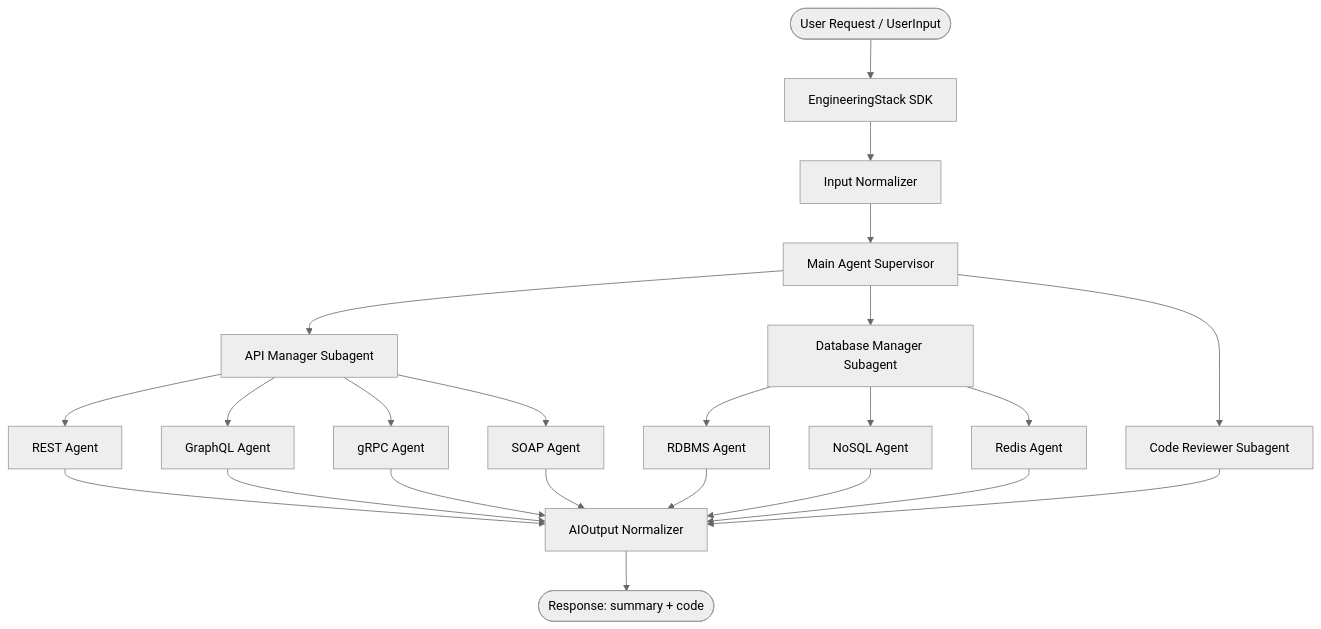
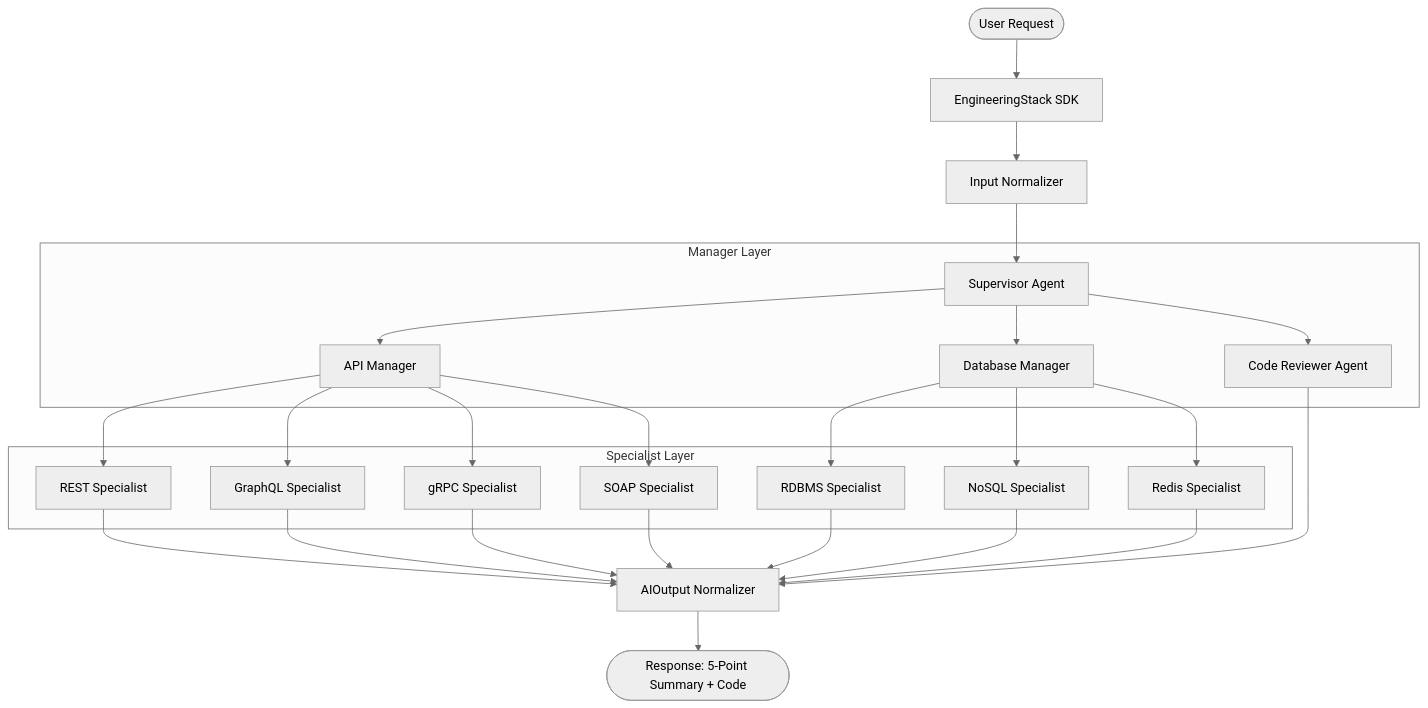
The diagram in README.md (BenjaminVijayaraj5102004/Engineering_Stack), drawn with Mermaid (neutral theme) before and after one commit. The commit also changed other lines of this file and 51 other files, not shown here.

````diff
--- a/README.md
+++ b/README.md
@@ -156,30 +42,34 @@
 ```mermaid
 graph TD
-    User([User Request / UserInput]) --> SDK[EngineeringStack SDK]
-    SDK --> Normalizer[Input Normalizer]
-    Normalizer --> MainAgent[Main Agent Supervisor]
+    User([User Request]) --> SDK[EngineeringStack SDK]
+    SDK --> InputNorm[Input Normalizer]
+    InputNorm --> MainAgent[Supervisor Agent]
     
-    MainAgent --> APIMgr[API Manager Subagent]
-    MainAgent --> DBMgr[Database Manager Subagent]
-    MainAgent --> Reviewer[Code Reviewer Subagent]
+    subgraph Manager Layer
+        MainAgent --> APIMgr[API Manager]
+        MainAgent --> DBMgr[Database Manager]
+        MainAgent --> Reviewer[Code Reviewer Agent]
+    end
     
-    APIMgr --> REST[REST Agent]
-    APIMgr --> GraphQL[GraphQL Agent]
-    APIMgr --> gRPC[gRPC Agent]
-    APIMgr --> SOAP[SOAP Agent]
+    subgraph Specialist Layer
+        APIMgr --> REST[REST Specialist]
+        APIMgr --> GraphQL[GraphQL Specialist]
+        APIMgr --> gRPC[gRPC Specialist]
+        APIMgr --> SOAP[SOAP Specialist]
+        
+        DBMgr --> RDBMS[RDBMS Specialist]
+        DBMgr --> NoSQL[NoSQL Specialist]
+        DBMgr --> Redis[Redis Specialist]
+    end
     
-    DBMgr --> RDBMS[RDBMS Agent]
-    DBMgr --> NoSQL[NoSQL Agent]
-    DBMgr --> Redis[Redis Agent]
+    REST --> OutputNorm[AIOutput Normalizer]
+    GraphQL --> OutputNorm
+    gRPC --> OutputNorm
+    SOAP --> OutputNorm
+    RDBMS --> OutputNorm
+    NoSQL --> OutputNorm
+    Redis --> OutputNorm
+    Reviewer --> OutputNorm
     
-    REST --> Output[AIOutput Normalizer]
-    GraphQL --> Output
-    gRPC --> Output
-    SOAP --> Output
-    RDBMS --> Output
-    NoSQL --> Output
-    Redis --> Output
-    Reviewer --> Output
-    
-    Output --> FinalResponse([Response: summary + code])
+    OutputNorm --> Response([Response: 5-Point Summary + Code])
 ```
````
